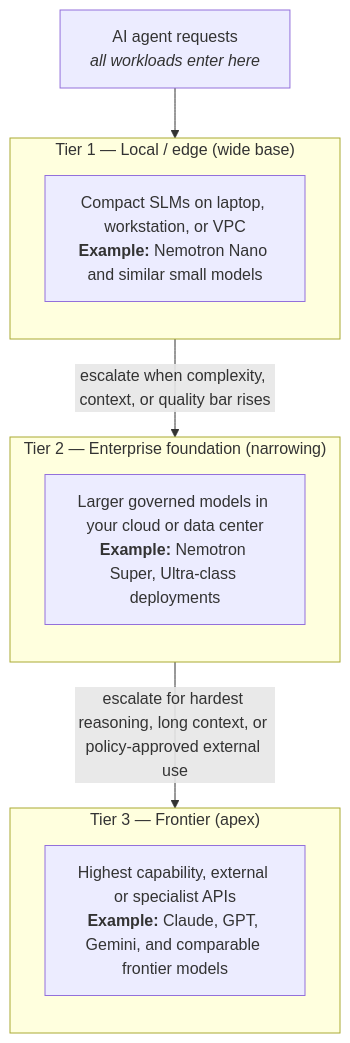
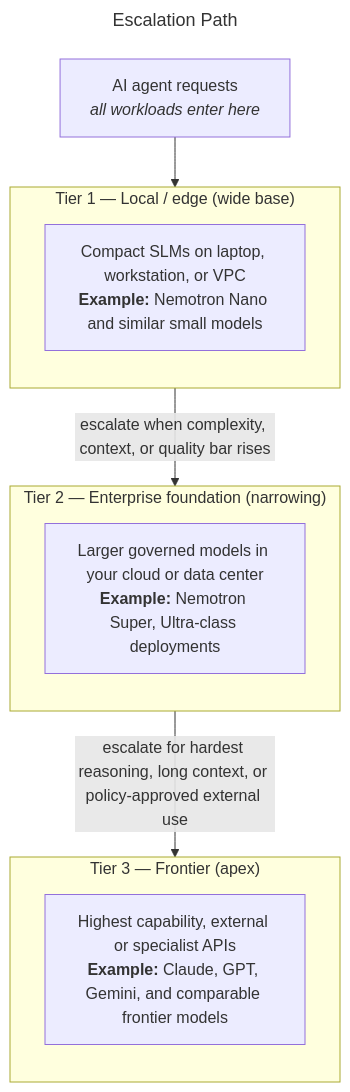
One commit to NVIDIA/nim-deploy changed the diagram in cloud-service-providers/azure/workshops/cursor-dynamo/README.md. Above: the diagram before and after it, drawn with Mermaid. The commit also changed other lines of this file, not shown here.

First line of the commit message:
docs(cursor-dynamo): README Escalation Path diagram only

````diff
--- a/cloud-service-providers/azure/workshops/cursor-dynamo/README.md
+++ b/cloud-service-providers/azure/workshops/cursor-dynamo/README.md
@@ -11,23 +1,26 @@
 ```mermaid
+---
+title: Escalation Path
+---
 flowchart TB
     REQ["AI agent requests<br/><i>all workloads enter here</i>"]
 
     subgraph tier1["Tier 1 — Local / edge (wide base)"]
         direction TB
         L1["Compact SLMs on laptop, workstation, or VPC<br/><b>Example:</b> Nemotron Nano and similar small models"]
     end
 
     subgraph tier2["Tier 2 — Enterprise foundation (narrowing)"]
         direction TB
         L2["Larger governed models in your cloud or data center<br/><b>Example:</b> Nemotron Super, Ultra-class deployments"]
     end
 
     subgraph tier3["Tier 3 — Frontier (apex)"]
         direction TB
         L3["Highest capability, external or specialist APIs<br/><b>Example:</b> Claude, GPT, Gemini, and comparable frontier models"]
     end
 
     REQ --> tier1
     tier1 -->|"escalate when complexity, context, or quality bar rises"| tier2
     tier2 -->|"escalate for hardest reasoning, long context, or policy-approved external use"| tier3
 ```
````
